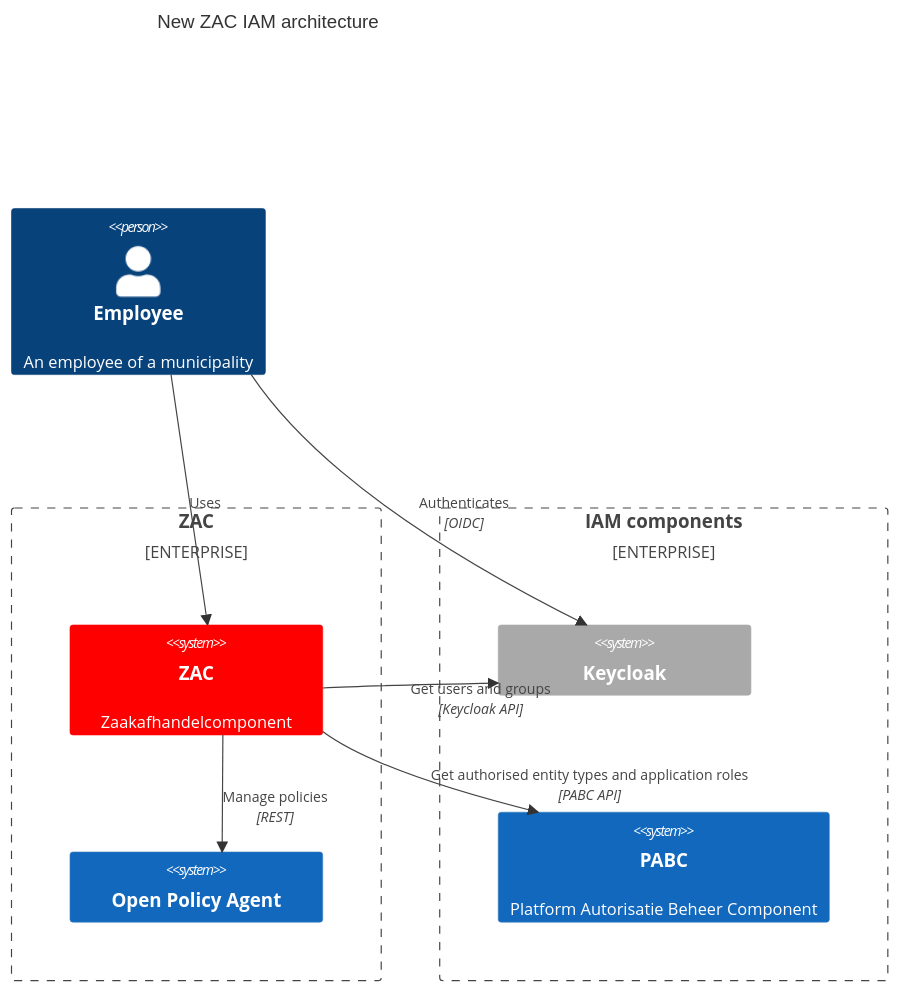
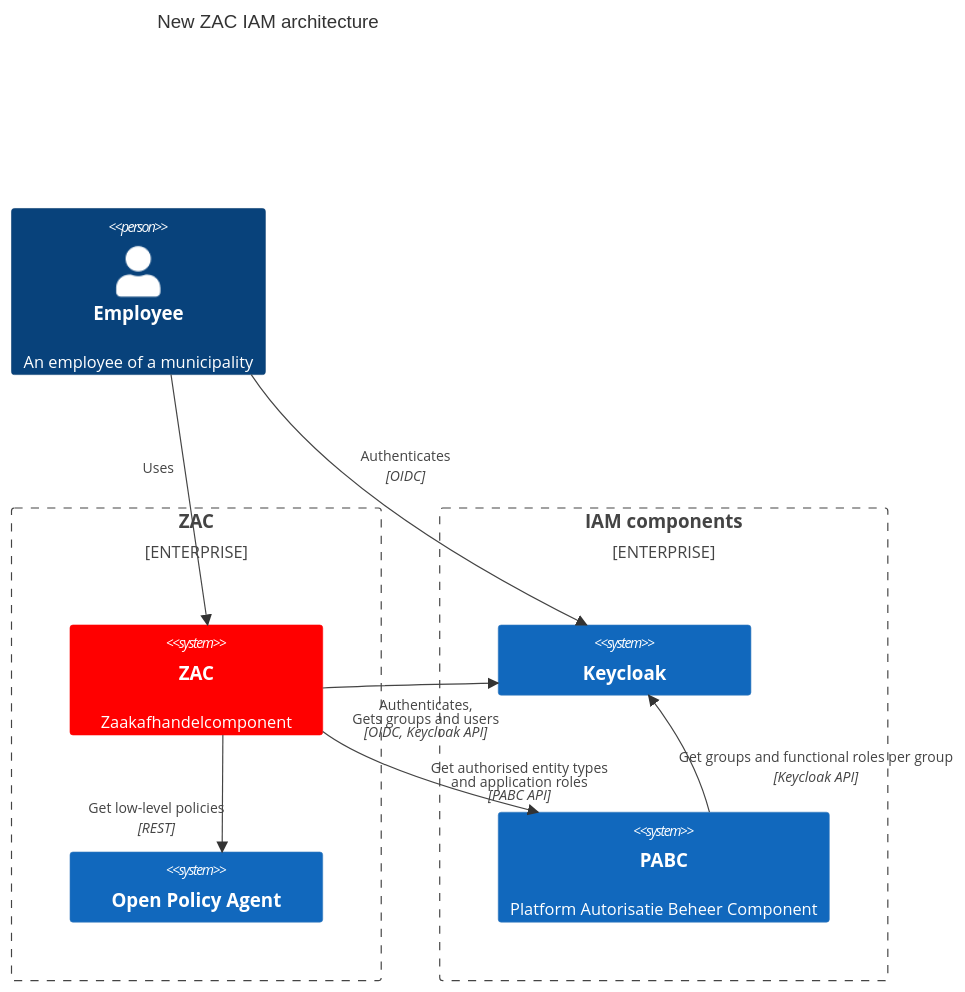
The second of 4 diagrams in docs/solution-architecture/iamArchitecture.md (infonl/dimpact-zaakafhandelcomponent), drawn with Mermaid before and after one commit. The commit also changed other lines of this file, not shown here.

First line of the commit message:
docs: updated the IAM architecture docs a little (#5189)

````diff
--- a/docs/solution-architecture/iamArchitecture.md
+++ b/docs/solution-architecture/iamArchitecture.md
@@ -64,28 +67,32 @@
 ```mermaid
 C4Context
     title New ZAC IAM architecture
 
     Person(Employee, "Employee", "An employee of a municipality")
     
     Enterprise_Boundary(b1, "ZAC") {
         System(ZAC, "ZAC", "Zaakafhandelcomponent")
         System(OPA, "Open Policy Agent")
     }
 
     Enterprise_Boundary(b2, "IAM components") {
         System(Keycloak, "Keycloak")
         System(PABC, "PABC", "Platform Autorisatie Beheer Component")
     }
     
     Rel(Employee, ZAC, "Uses")
     Rel(Employee, Keycloak, "Authenticates", "OIDC")
-    Rel(ZAC, Keycloak, "Uses", "OIDC")
-    Rel(ZAC, Keycloak, "Get users and groups", "Keycloak API")
-    Rel(ZAC, PABC, "Get authorised entity types and application roles", "PABC API")
-    Rel(ZAC, OPA, "Manage policies", "REST")
+    Rel(ZAC, Keycloak, "Authenticates,<br/>Gets groups and users", "OIDC, Keycloak API")
+    Rel(ZAC, PABC, "Get authorised entity types<br/>and application roles", "PABC API")
+    Rel(PABC, Keycloak, "Get groups and functional roles per group", "Keycloak API")
+    Rel(ZAC, OPA, "Get low-level policies", "REST")
 
     UpdateElementStyle(ZAC, $bgColor="red", $borderColor="red")
-    UpdateElementStyle(Keycloak, $bgColor="darkgrey", $borderColor="darkgrey")
+
+    UpdateRelStyle(Employee, ZAC, $offsetX="-40", $offsetY="-30")
+    UpdateRelStyle(Employee, Keycloak, $offsetX="-50", $offsetY="-40")
+    UpdateRelStyle(ZAC, Keycloak, $offsetX="-50", $offsetY="20")
+    UpdateRelStyle(ZAC, OPA, $offsetX="-115", $offsetY="10")
 
     UpdateLayoutConfig($c4ShapeInRow="1", $c4BoundaryInRow="2")
 ```
````
